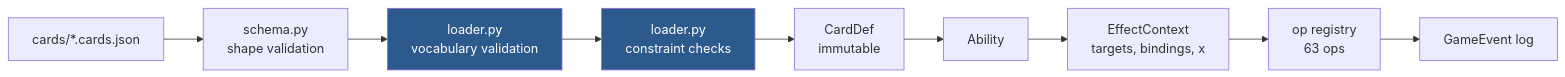
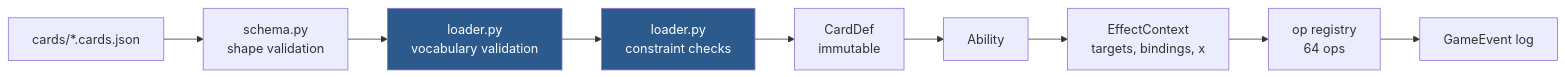
One commit to TylerGauntlett/commander-blitz changed the diagram in docs/card-dsl.md. Above: the diagram before and after it, drawn with Mermaid. The commit also changed other lines of this file and 6 other files, not shown here.

````diff
--- a/docs/card-dsl.md
+++ b/docs/card-dsl.md
@@ -6,14 +6,14 @@
 ```mermaid
 flowchart LR
     json["cards/*.cards.json"] --> pydantic["schema.py<br/>shape validation"]
     pydantic --> vocab["loader.py<br/>vocabulary validation"]
     vocab --> constraints["loader.py<br/>constraint checks"]
     constraints --> carddef["CardDef<br/>immutable"]
     carddef --> ability["Ability"]
     ability --> ctx["EffectContext<br/>targets, bindings, x"]
-    ctx --> ops["op registry<br/>63 ops"]
+    ctx --> ops["op registry<br/>64 ops"]
     ops --> events["GameEvent log"]
 
     style vocab fill:#2d5a8c,color:#fff
     style constraints fill:#2d5a8c,color:#fff
 ```
````
